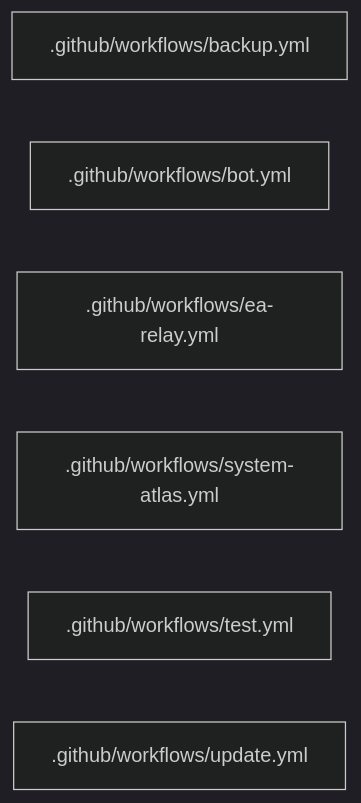
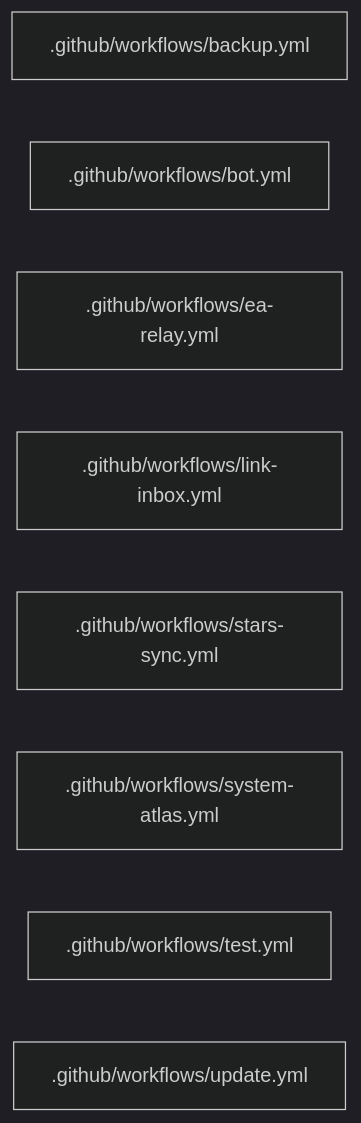
Before and after one commit to devroadtosucces15-boop/Norex-United-FC: the diagram in PLANNING/system-atlas/layer-github.md, drawn with Mermaid (dark theme). The commit also changed 6 other files, not shown here.

Commit message:
docs: refresh living system atlas [skip ci]

````diff
--- a/PLANNING/system-atlas/layer-github.md
+++ b/PLANNING/system-atlas/layer-github.md
@@ -5,9 +5,11 @@
 ```mermaid
 flowchart LR
   n0[".github/workflows/backup.yml"]
   n1[".github/workflows/bot.yml"]
   n2[".github/workflows/ea-relay.yml"]
-  n3[".github/workflows/system-atlas.yml"]
-  n4[".github/workflows/test.yml"]
-  n5[".github/workflows/update.yml"]
+  n3[".github/workflows/link-inbox.yml"]
+  n4[".github/workflows/stars-sync.yml"]
+  n5[".github/workflows/system-atlas.yml"]
+  n6[".github/workflows/test.yml"]
+  n7[".github/workflows/update.yml"]
 ```
````
